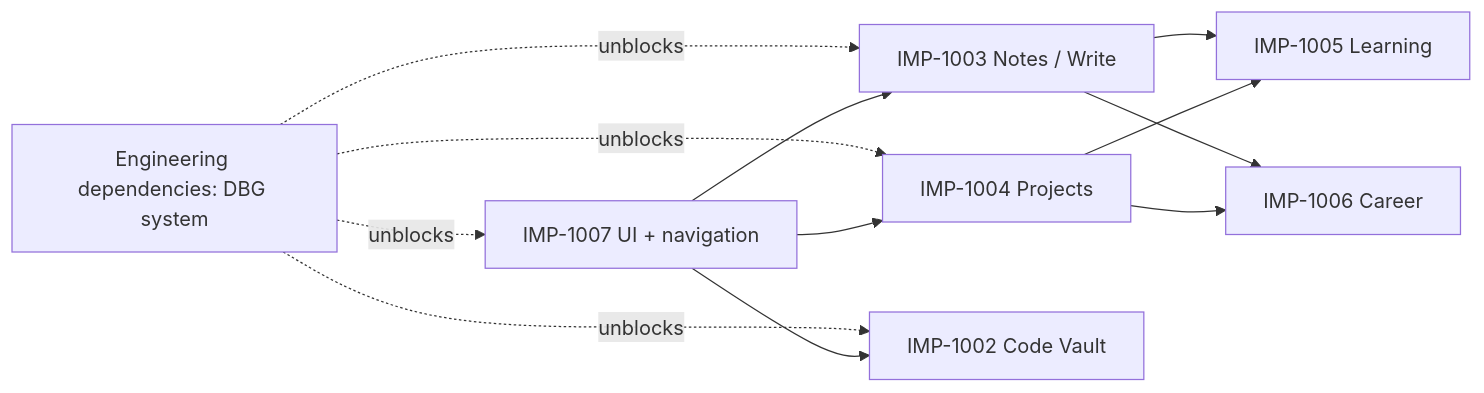
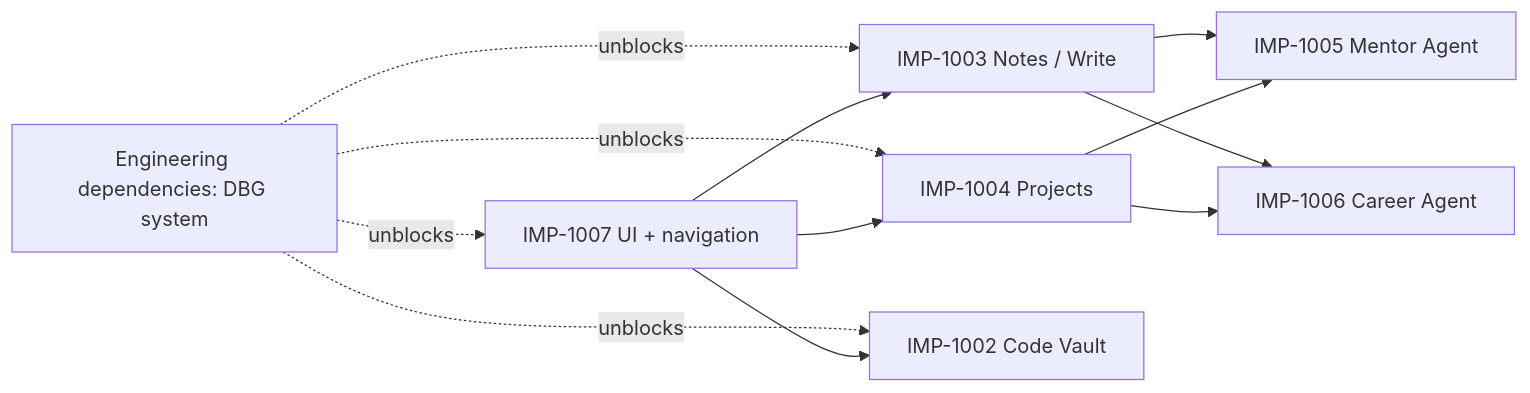
Before and after one commit to Akiirolabs/IOVault: the diagram in docs/implementation-system/graphs/implementation-map.md, drawn with Mermaid. The commit also changed 17 other files, not shown here.

````diff
--- a/docs/implementation-system/graphs/implementation-map.md
+++ b/docs/implementation-system/graphs/implementation-map.md
@@ -3,14 +3,14 @@
 ```mermaid
 flowchart LR
   Engineering["Engineering dependencies: DBG system"] -. unblocks .-> UI["IMP-1007 UI + navigation"]
   Engineering -. unblocks .-> Notes["IMP-1003 Notes / Write"]
   Engineering -. unblocks .-> Projects["IMP-1004 Projects"]
   Engineering -. unblocks .-> Code["IMP-1002 Code Vault"]
   UI --> Notes
   UI --> Projects
   UI --> Code
-  Notes --> Learning["IMP-1005 Learning"]
-  Notes --> Career["IMP-1006 Career"]
+  Notes --> Learning["IMP-1005 Mentor Agent"]
+  Notes --> Career["IMP-1006 Career Agent"]
   Projects --> Learning
   Projects --> Career
 ```
````
